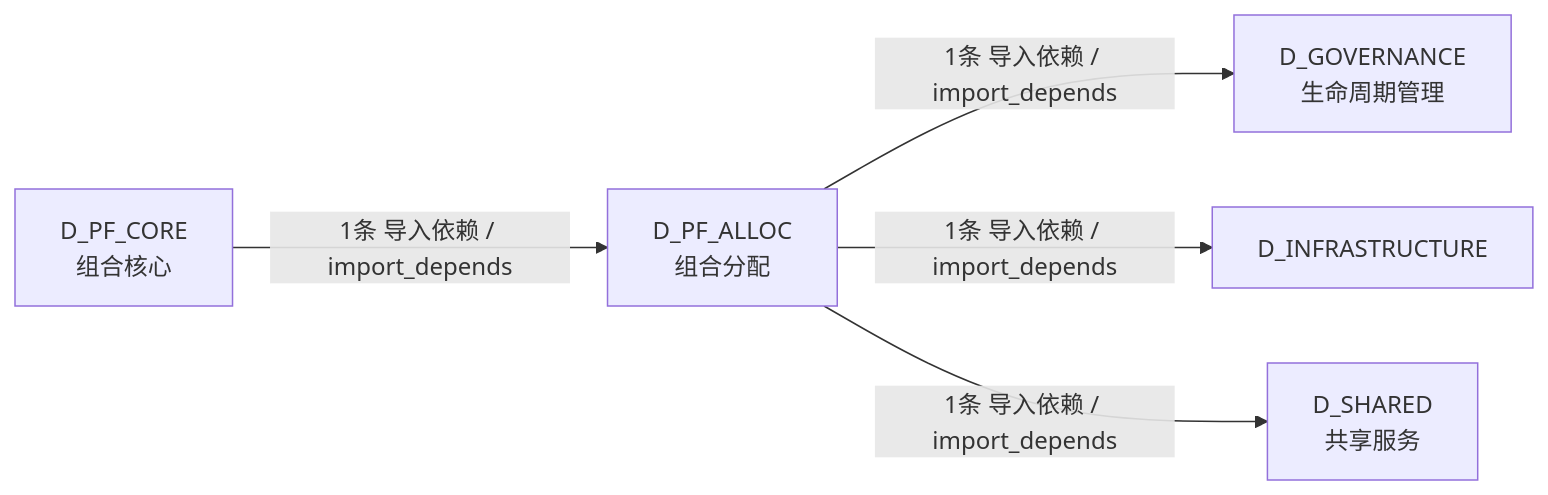
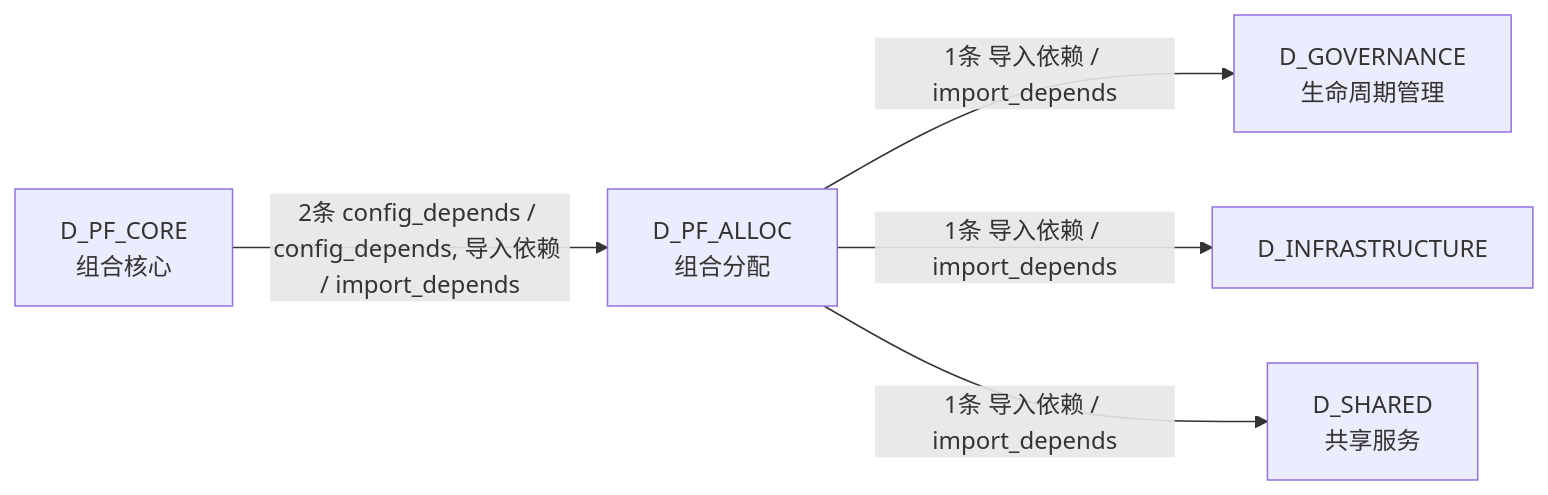
Before and after one commit to xuanFelixVan/ZephyrAlpha: the fifth of 5 diagrams in docs/02_enterprise_architecture/02_domain_architecture_docs/49_d_pf_alloc.md, drawn with Mermaid. The commit also changed other lines of this file and 122 other files, not shown here.

````diff
--- a/docs/02_enterprise_architecture/02_domain_architecture_docs/49_d_pf_alloc.md
+++ b/docs/02_enterprise_architecture/02_domain_architecture_docs/49_d_pf_alloc.md
@@ -185,12 +188,12 @@
 ```mermaid
 graph LR
     D_PF_ALLOC["D_PF_ALLOC<br/>组合分配"]
     D_GOVERNANCE["D_GOVERNANCE<br/>生命周期管理"]
     D_INFRASTRUCTURE["D_INFRASTRUCTURE"]
     D_SHARED["D_SHARED<br/>共享服务"]
     D_PF_CORE["D_PF_CORE<br/>组合核心"]
     D_PF_ALLOC -->|1条 导入依赖 / import_depends| D_GOVERNANCE
     D_PF_ALLOC -->|1条 导入依赖 / import_depends| D_INFRASTRUCTURE
     D_PF_ALLOC -->|1条 导入依赖 / import_depends| D_SHARED
-    D_PF_CORE -->|1条 导入依赖 / import_depends| D_PF_ALLOC
+    D_PF_CORE -->|2条 config_depends / config_depends, 导入依赖 / import_depends| D_PF_ALLOC
 ```
````
